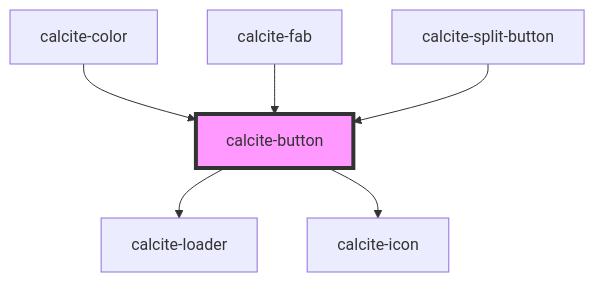
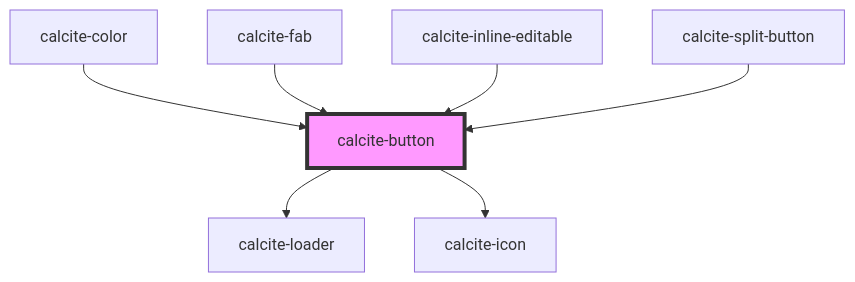
Before and after one commit to vikivakarvc/calcite-design-system: the diagram in src/components/calcite-button/readme.md, drawn with Mermaid. The commit also changed other lines of this file and 21 other files, not shown here.

````diff
--- a/src/components/calcite-button/readme.md
+++ b/src/components/calcite-button/readme.md
@@ -60,9 +63,10 @@
 ```mermaid
 graph TD;
   calcite-button --> calcite-loader
   calcite-button --> calcite-icon
   calcite-color --> calcite-button
   calcite-fab --> calcite-button
+  calcite-inline-editable --> calcite-button
   calcite-split-button --> calcite-button
   style calcite-button fill:#f9f,stroke:#333,stroke-width:4px
 ```
````
